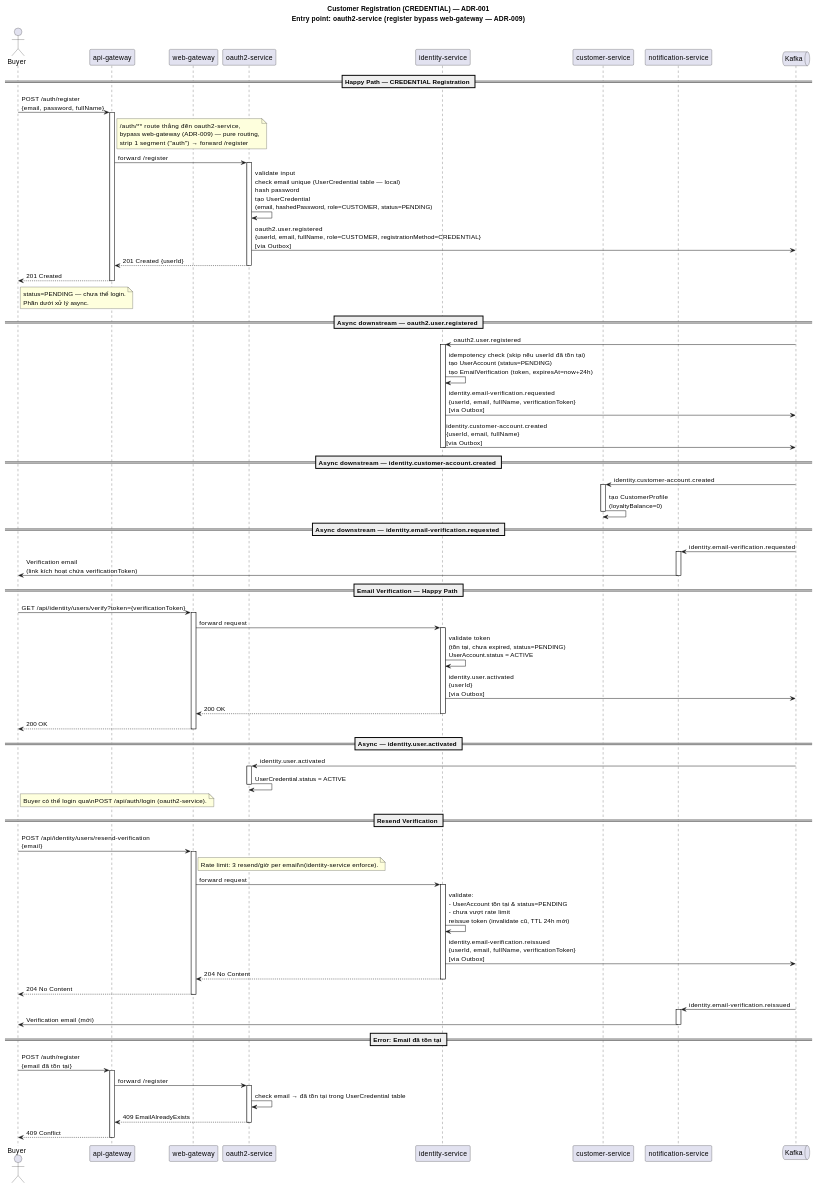
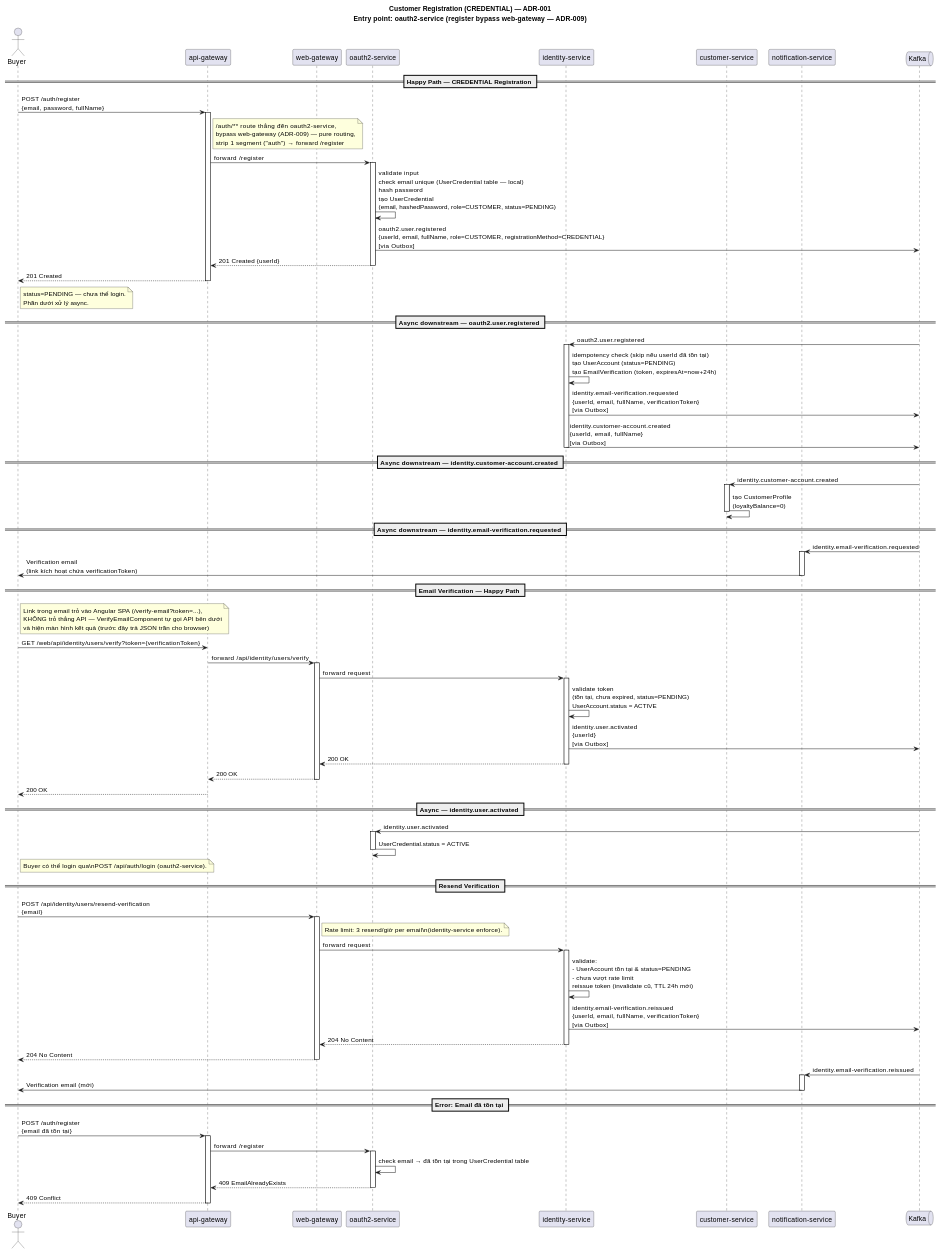
One commit to truong-ngo-dev/t3n-nexus changed the first of 2 diagrams in docs/feature/01-customer-registration/design.md. Above: the diagram before and after it, drawn with PlantUML. The commit also changed other lines of this file and 27 other files, not shown here.

```diff
--- a/docs/feature/01-customer-registration/design.md
+++ b/docs/feature/01-customer-registration/design.md
@@ -116,7 +118,14 @@
 
 == Email Verification — Happy Path ==
 
-Buyer -> WG : GET /api/identity/users/verify?token={verificationToken}
+note right of Buyer
+  Link trong email trỏ vào Angular SPA (/verify-email?token=...),
+  KHÔNG trỏ thẳng API — VerifyEmailComponent tự gọi API bên dưới
+  và hiện màn hình kết quả (trước đây trả JSON trần cho browser)
+end note
+
+Buyer -> AG : GET /web/api/identity/users/verify?token={verificationToken}
+AG -> WG : forward /api/identity/users/verify
 activate WG
 WG -> ID : forward request
 activate ID
@@ -124,8 +133,9 @@
 ID -> K : identity.user.activated\n{userId}\n[via Outbox]
 ID --> WG : 200 OK
 deactivate ID
-WG --> Buyer : 200 OK
+WG --> AG : 200 OK
 deactivate WG
+AG --> Buyer : 200 OK
 
 == Async — identity.user.activated ==
 
```
